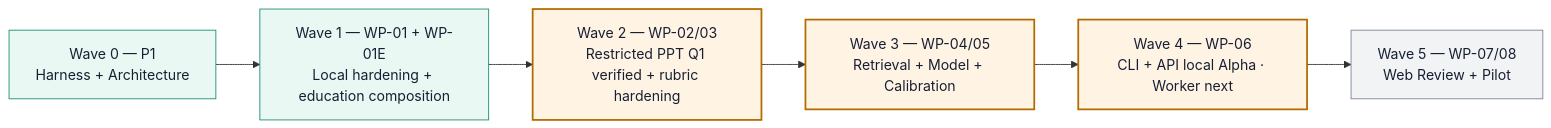
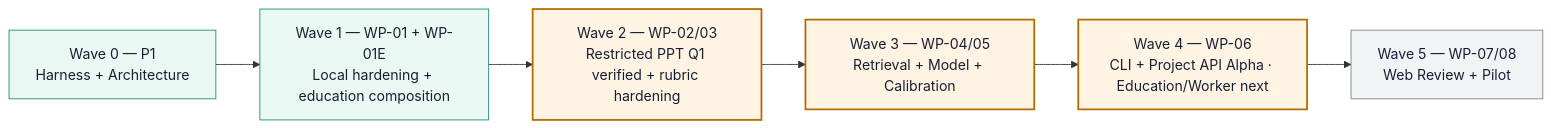
Before and after one commit to Infant83/AXCalib: diagram 14 of 14 in docs/architecture/workflow-blueprint.md, drawn with Mermaid. The commit also changed other lines of this file and 37 other files, not shown here.

Commit message:
feat: bind project API commands to principals

````diff
--- a/docs/architecture/workflow-blueprint.md
+++ b/docs/architecture/workflow-blueprint.md
@@ -513,18 +543,18 @@
 ```mermaid
 flowchart LR
     W0["Wave 0 — P1\nHarness + Architecture"]
     W1["Wave 1 — WP-01 + WP-01E\nLocal hardening + education composition"]
     W2["Wave 2 — WP-02/03\nRestricted PPT Q1 verified + rubric hardening"]
     W3["Wave 3 — WP-04/05\nRetrieval + Model + Calibration"]
-    W4["Wave 4 — WP-06\nCLI + API local Alpha · Worker next"]
+    W4["Wave 4 — WP-06\nCLI + Project API Alpha · Education/Worker next"]
     W5["Wave 5 — WP-07/08\nWeb Review + Pilot"]
 
     W0 --> W1 --> W2 --> W3 --> W4 --> W5
 
     classDef done fill:#EAF8F4,stroke:#1E8A75,color:#172033;
     classDef partial fill:#FFF3E4,stroke:#B36B00,stroke-width:2px,color:#172033;
     classDef future fill:#F2F3F5,stroke:#7A8495,color:#172033;
     class W0,W1 done;
     class W2,W3,W4 partial;
     class W5 future;
 ```
````
